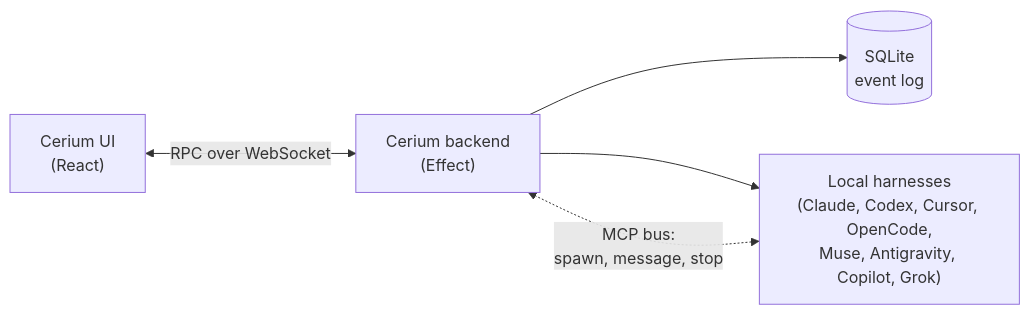
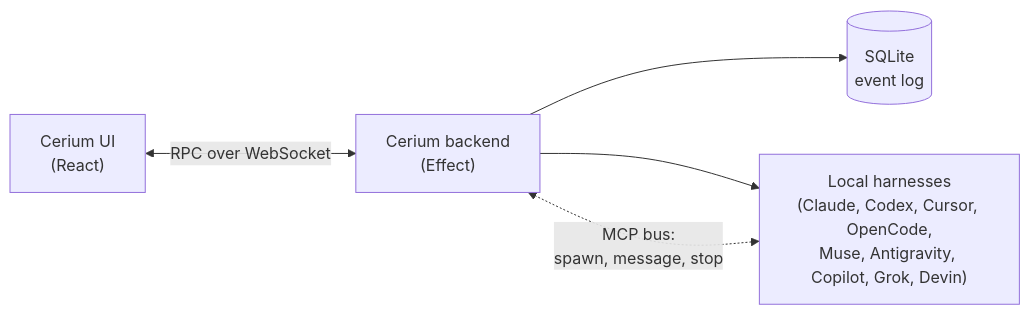
Before and after one commit to CeriumHQ/cerium: the diagram in README.md, drawn with Mermaid. The commit also changed other lines of this file and 31 other files, not shown here.

````diff
--- a/README.md
+++ b/README.md
@@ -85,7 +87,7 @@
 ```mermaid
 flowchart LR
   UI["Cerium UI<br/>(React)"] <-- "RPC over WebSocket" --> Backend["Cerium backend<br/>(Effect)"]
   Backend --> Store[("SQLite<br/>event log")]
-  Backend --> Harnesses["Local harnesses<br/>(Claude, Codex, Cursor, OpenCode,<br/>Muse, Antigravity, Copilot, Grok)"]
+  Backend --> Harnesses["Local harnesses<br/>(Claude, Codex, Cursor, OpenCode,<br/>Muse, Antigravity, Copilot, Grok, Devin)"]
   Harnesses <-. "MCP bus:<br/>spawn, message, stop" .-> Backend
 ```
````
